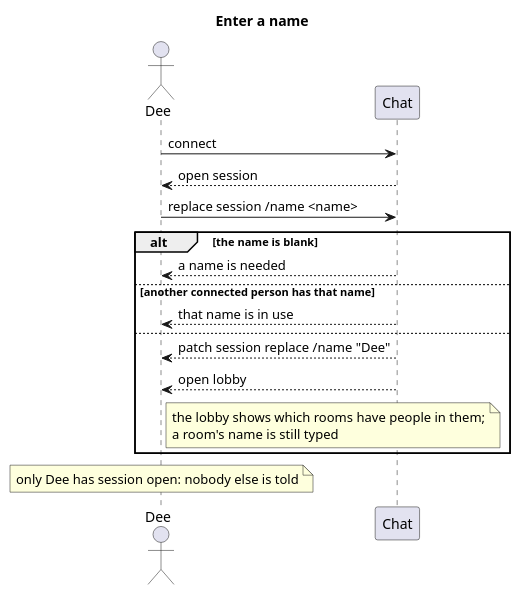
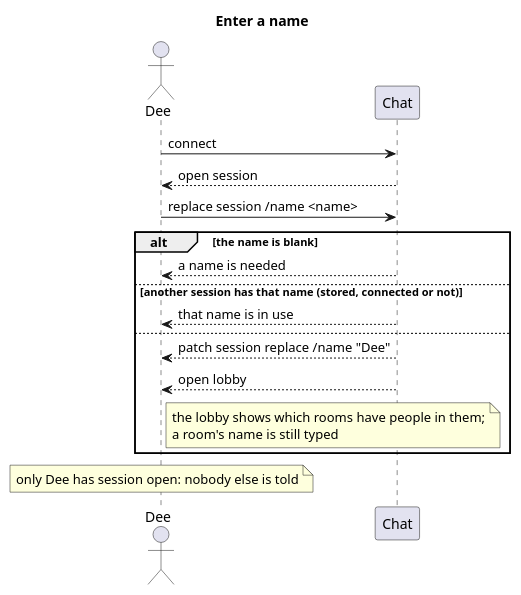
The diagram in uml/src/seq-enter-a-name.puml (blueshed/dzql), drawn with PlantUML before and after one commit. The commit also changed 6 other files, not shown here.

Commit message:
uml: the second review taken in -- each scenario draws only the derived patches that happen for its cast; names unique among stored sessions; logging out removes the session and a fresh nameless one opens

```diff
--- a/uml/src/seq-enter-a-name.puml
+++ b/uml/src/seq-enter-a-name.puml
@@ -1,19 +1,19 @@
 @startuml
 title Enter a name
 actor "Dee" as dee
 participant "Chat" as app
 
 dee -> app : connect
 app --> dee : open session
 dee -> app : replace session /name <name>
 alt the name is blank
   app --> dee : a name is needed
-else another connected person has that name
+else another session has that name (stored, connected or not)
   app --> dee : that name is in use
 else
   app --> dee : patch session replace /name "Dee"
   app --> dee : open lobby
   note right of dee : the lobby shows which rooms have people in them;\na room's name is still typed
 end
 note over dee : only Dee has session open: nobody else is told
 @enduml
```
